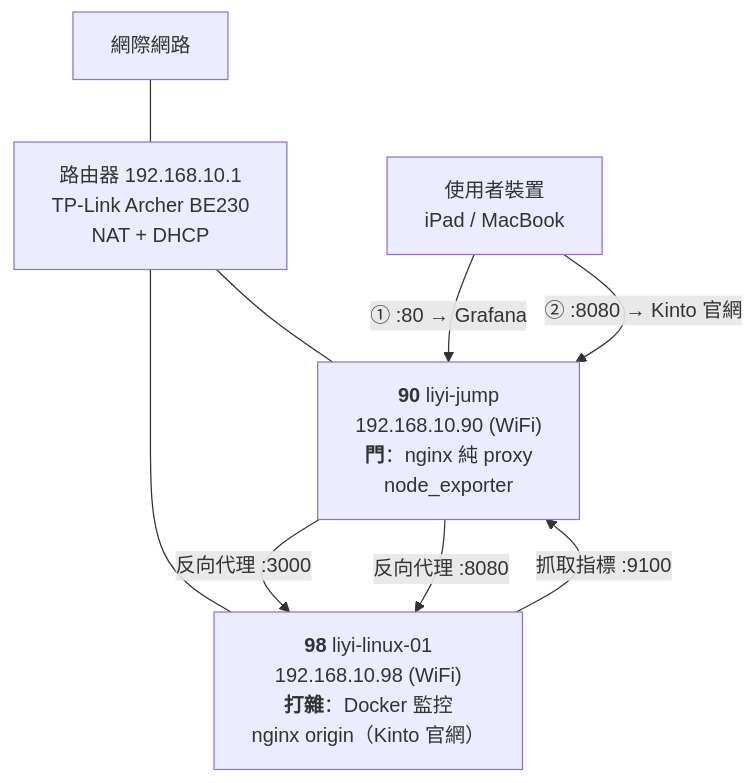
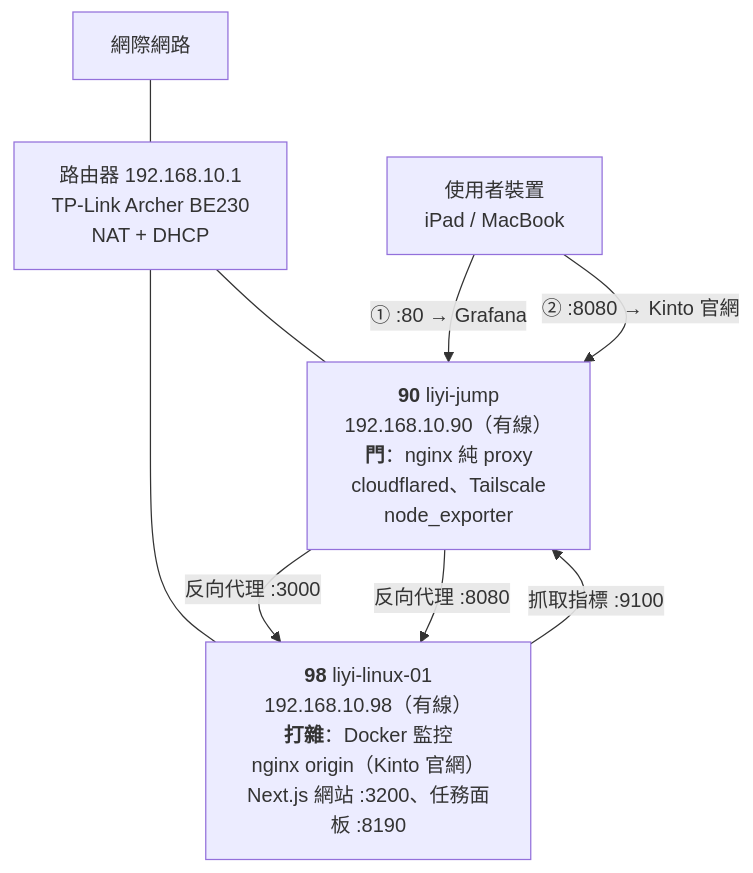
The diagram in playground/liyi-server/架構現況.md (liyibass/software-engineer-roadmap), drawn with Mermaid before and after one commit. The commit also changed other lines of this file and 4 other files, not shown here.

````diff
--- a/playground/liyi-server/架構現況.md
+++ b/playground/liyi-server/架構現況.md
@@ -11,17 +11,17 @@
 ```mermaid
 graph TB
     NET["網際網路"]
     R["路由器 192.168.10.1<br/>TP-Link Archer BE230<br/>NAT + DHCP"]
-    J["<b>90</b> liyi-jump<br/>192.168.10.90 (WiFi)<br/><b>門</b>：nginx 純 proxy<br/>node_exporter"]
-    S["<b>98</b> liyi-linux-01<br/>192.168.10.98 (WiFi)<br/><b>打雜</b>：Docker 監控<br/>nginx origin（Kinto 官網）"]
+    J["<b>90</b> liyi-jump<br/>192.168.10.90（有線）<br/><b>門</b>：nginx 純 proxy<br/>cloudflared、Tailscale<br/>node_exporter"]
+    S["<b>98</b> liyi-linux-01<br/>192.168.10.98（有線）<br/><b>打雜</b>：Docker 監控<br/>nginx origin（Kinto 官網）<br/>Next.js 網站 :3200、任務面板 :8190"]
     U["使用者裝置<br/>iPad / MacBook"]
 
     NET --- R
     R --- J
     R --- S
     U -->|"① :80 → Grafana"| J
     U -->|"② :8080 → Kinto 官網"| J
     J -->|"反向代理 :3000"| S
     J -->|"反向代理 :8080"| S
     S -->|"抓取指標 :9100"| J
 ```
````
